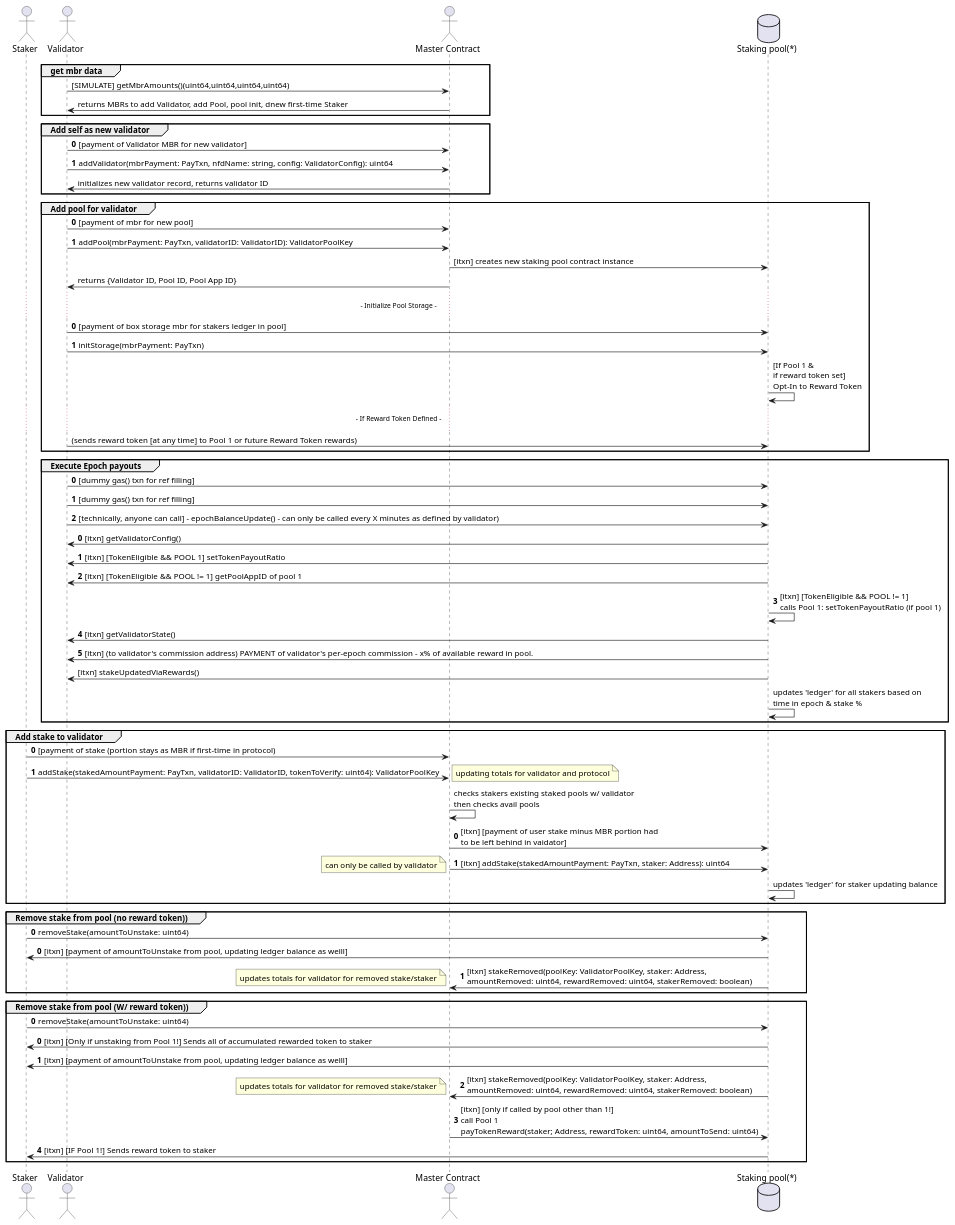
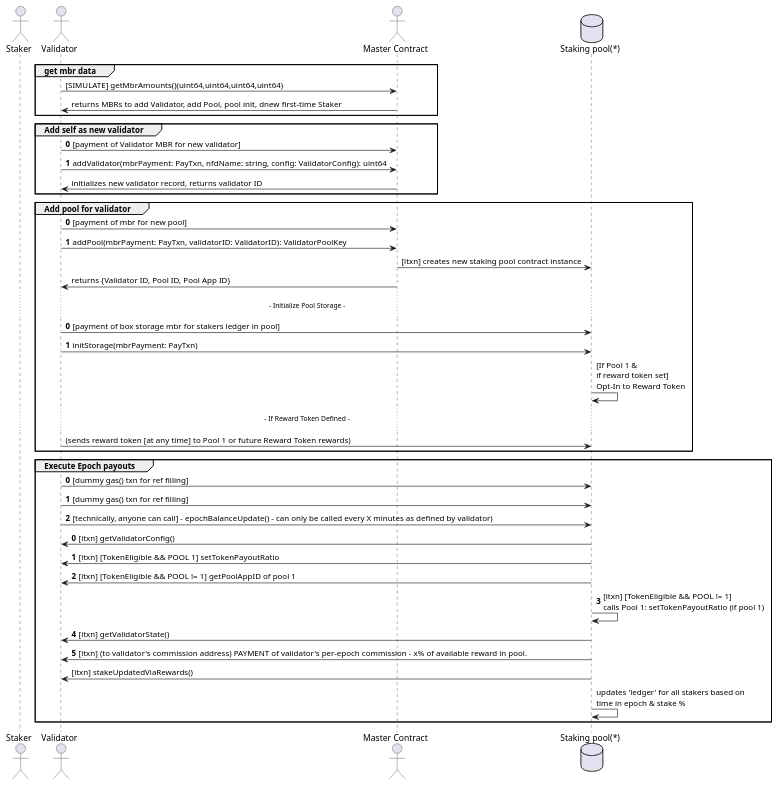
One commit to TxnLab/reti changed the diagram in docs/diagrams/validator.puml. Above: the diagram before and after it, drawn with PlantUML. The commit also changed 10 other files, not shown here.

```diff
--- a/docs/diagrams/validator.puml
+++ b/docs/diagrams/validator.puml
@@ -1,86 +1,52 @@
 @startuml
 actor "Staker" as staker
 actor "Validator" as validator
 actor "Master Contract" as master
 database "Staking pool(*)" as pool
 group get mbr data
 validator -> master: [SIMULATE] getMbrAmounts()(uint64,uint64,uint64,uint64)
 master->validator: returns MBRs to add Validator, add Pool, pool init, dnew first-time Staker
 end
 group Add self as new validator
 autonumber 0
 validator -> master: [payment of Validator MBR for new validator]
 validator -> master: addValidator(mbrPayment: PayTxn, nfdName: string, config: ValidatorConfig): uint64
 autonumber stop
 master -> validator: initializes new validator record, returns validator ID
 end
 
 group Add pool for validator
 autonumber 0
 validator -> master: [payment of mbr for new pool]
 validator -> master: addPool(mbrPayment: PayTxn, validatorID: ValidatorID): ValidatorPoolKey
 autonumber stop
 master -> pool: [itxn] creates new staking pool contract instance
 master -> validator: returns {Validator ID, Pool ID, Pool App ID}
 ...  - Initialize Pool Storage - ...
 autonumber 0
 validator -> pool: [payment of box storage mbr for stakers ledger in pool]
 validator -> pool: initStorage(mbrPayment: PayTxn)
 autonumber stop
 pool -> pool: [If Pool 1 &\nif reward token set]\nOpt-In to Reward Token
 ...  - If Reward Token Defined - ...
 validator -> pool: (sends reward token [at any time] to Pool 1 or future Reward Token rewards)
 end
 
 group Execute Epoch payouts
 autonumber 0
 validator -> pool: [dummy gas() txn for ref filling]
 validator -> pool: [dummy gas() txn for ref filling]
 validator -> pool: [technically, anyone can call] - epochBalanceUpdate() - can only be called every X minutes as defined by validator)
 autonumber 0
 pool -> validator: [itxn] getValidatorConfig()
 pool -> validator: [itxn] [TokenEligible && POOL 1] setTokenPayoutRatio
 autonumber 2
 pool -> validator: [itxn] [TokenEligible && POOL != 1] getPoolAppID of pool 1
 pool -> pool: [itxn] [TokenEligible && POOL != 1]\ncalls Pool 1: setTokenPayoutRatio (if pool 1)
 pool -> validator: [itxn] getValidatorState()
 pool -> validator: [itxn] (to validator's commission address) PAYMENT of validator's per-epoch commission - x% of available reward in pool.
 autonumber stop
 pool -> validator: [itxn] stakeUpdatedViaRewards()
 pool -> pool: updates 'ledger' for all stakers based on\ntime in epoch & stake %
 end
-
-group Add stake to validator
-autonumber 0
-staker -> master: [payment of stake (portion stays as MBR if first-time in protocol)
-staker -> master:  addStake(stakedAmountPayment: PayTxn, validatorID: ValidatorID, tokenToVerify: uint64): ValidatorPoolKey
-note right: updating totals for validator and protocol
-autonumber stop
-master -> master: checks stakers existing staked pools w/ validator\nthen checks avail pools
-autonumber 0
-master -> pool: [itxn] [payment of user stake minus MBR portion had\nto be left behind in vaidator]
-master -> pool: [itxn] addStake(stakedAmountPayment: PayTxn, staker: Address): uint64
-note left: can only be called by validator
-autonumber stop
-pool -> pool: updates 'ledger' for staker updating balance
-end
-group Remove stake from pool (no reward token))
-autonumber 0
-staker -> pool: removeStake(amountToUnstake: uint64)
-autonumber 0
-pool -> staker: [itxn] [payment of amountToUnstake from pool, updating ledger balance as welll]
-pool -> master: [itxn] stakeRemoved(poolKey: ValidatorPoolKey, staker: Address,\namountRemoved: uint64, rewardRemoved: uint64, stakerRemoved: boolean)
-note left: updates totals for validator for removed stake/staker
-end
-group Remove stake from pool (W/ reward token))
-autonumber 0
-staker -> pool: removeStake(amountToUnstake: uint64)
-autonumber 0
-pool -> staker: [itxn] [Only if unstaking from Pool 1!] Sends all of accumulated rewarded token to staker
-pool -> staker: [itxn] [payment of amountToUnstake from pool, updating ledger balance as welll]
-pool -> master: [itxn] stakeRemoved(poolKey: ValidatorPoolKey, staker: Address,\namountRemoved: uint64, rewardRemoved: uint64, stakerRemoved: boolean)
-note left: updates totals for validator for removed stake/staker
-master -> pool: [itxn] [only if called by pool other than 1!]\ncall Pool 1\npayTokenReward(staker; Address, rewardToken: uint64, amountToSend: uint64)
-pool -> staker: [itxn] [IF Pool 1!] Sends reward token to staker
-end
 @enduml
```
